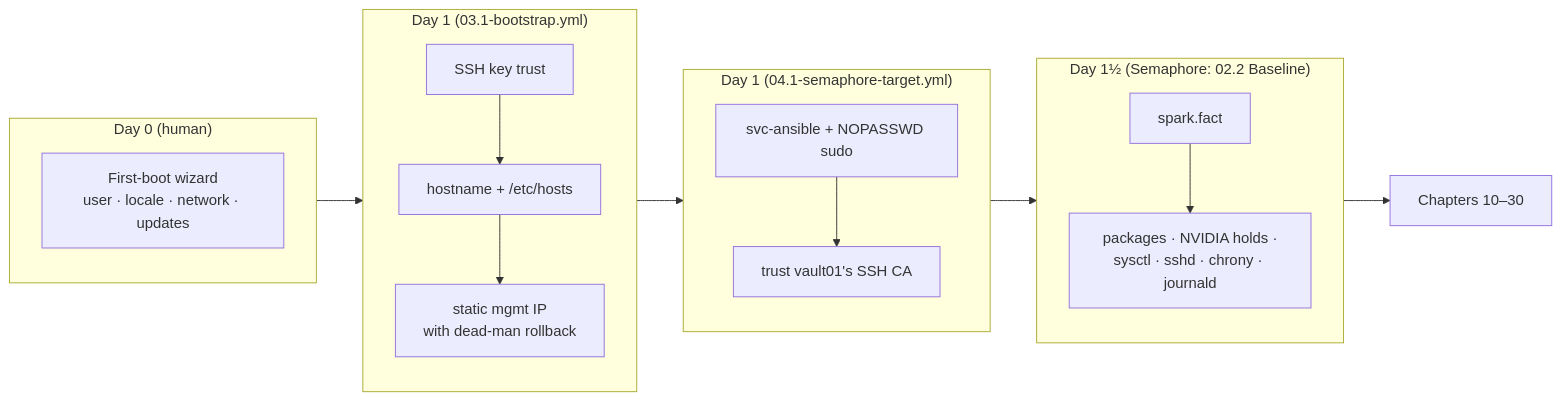
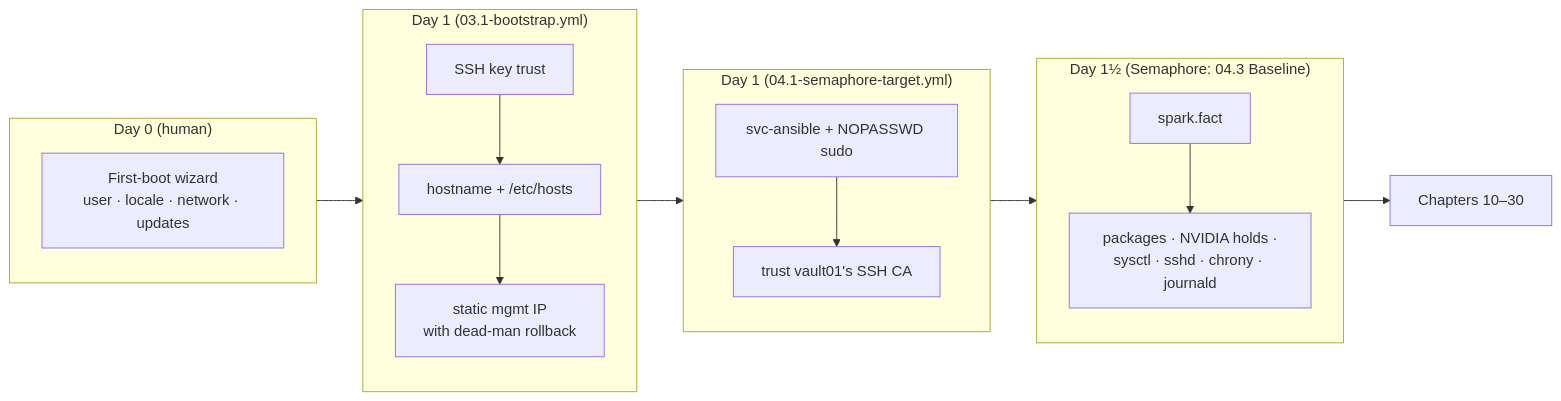
Before and after one commit to cloudone365/technical-depth: the second of 4 diagrams in 01-Ansible/03-bare-metal-provisioning-and-bootstrap.md, drawn with Mermaid. The commit also changed other lines of this file and 36 other files, not shown here.

````diff
--- a/01-Ansible/03-bare-metal-provisioning-and-bootstrap.md
+++ b/01-Ansible/03-bare-metal-provisioning-and-bootstrap.md
@@ -46,16 +46,16 @@
 ```mermaid
 flowchart LR
   subgraph D0["Day 0 (human)"]
     W["First-boot wizard<br/>user · locale · network · updates"]
   end
   subgraph D1["Day 1 (03.1-bootstrap.yml)"]
     K["SSH key trust"] --> H["hostname + /etc/hosts"] --> N["static mgmt IP<br/>with dead-man rollback"]
   end
   subgraph D1b["Day 1 (04.1-semaphore-target.yml)"]
     SA["svc-ansible + NOPASSWD sudo"] --> CA["trust vault01's SSH CA"]
   end
-  subgraph D2["Day 1½ (Semaphore: 02.2 Baseline)"]
+  subgraph D2["Day 1½ (Semaphore: 04.3 Baseline)"]
     F["spark.fact"] --> B["packages · NVIDIA holds ·<br/>sysctl · sshd · chrony · journald"]
   end
   D0 --> D1 --> D1b --> D2 --> Rest["Chapters 10–30"]
 ```
````
